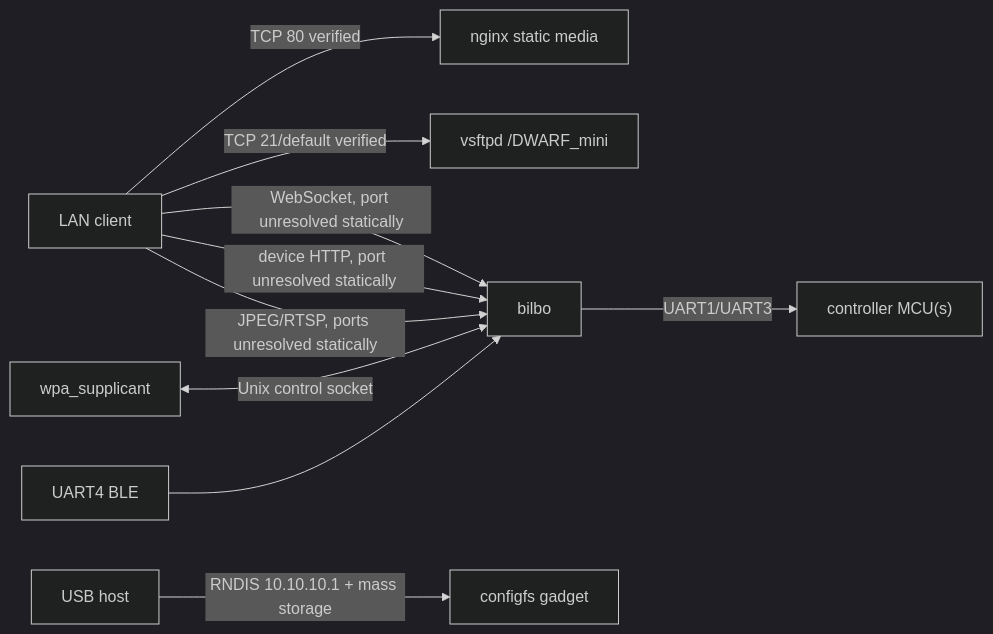
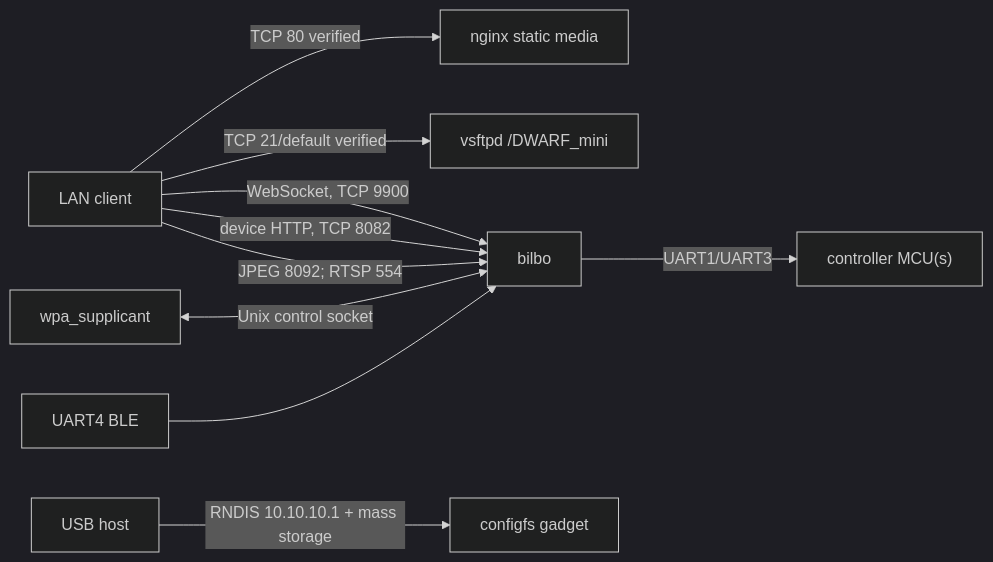
One commit to acocalypso/dwarfAlp changed the diagram in docs/firmware/06-network-services.md. Above: the diagram before and after it, drawn with Mermaid (dark theme). The commit also changed other lines of this file and 20 other files, not shown here.

````diff
--- a/docs/firmware/06-network-services.md
+++ b/docs/firmware/06-network-services.md
@@ -3,12 +3,12 @@
 ```mermaid
 flowchart LR
   App["LAN client"] -->|"TCP 80 verified"| Nginx["nginx static media"]
   App -->|"TCP 21/default verified"| FTP["vsftpd /DWARF_mini"]
-  App -->|"WebSocket, port unresolved statically"| Bilbo["bilbo"]
-  App -->|"device HTTP, port unresolved statically"| Bilbo
-  App -->|"JPEG/RTSP, ports unresolved statically"| Bilbo
+  App -->|"WebSocket, TCP 9900"| Bilbo["bilbo"]
+  App -->|"device HTTP, TCP 8082"| Bilbo
+  App -->|"JPEG 8092; RTSP 554"| Bilbo
   Host["USB host"] -->|"RNDIS 10.10.10.1 + mass storage"| USB["configfs gadget"]
   WiFi["wpa_supplicant"] <-->|"Unix control socket"| Bilbo
   BLE["UART4 BLE"] --> Bilbo
   Bilbo -->|"UART1/UART3"| MCU["controller MCU(s)"]
 ```
````
